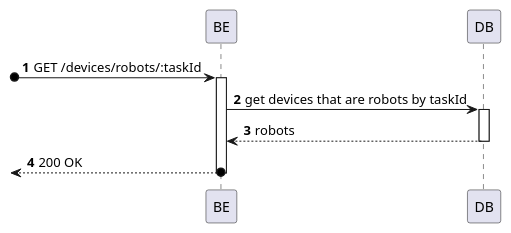
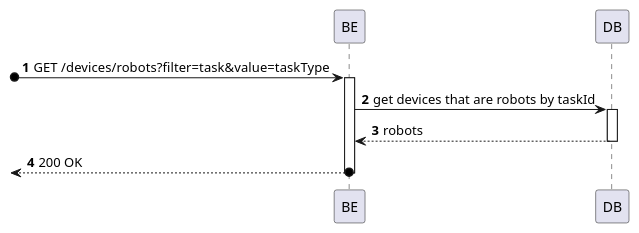
One commit to miseEnPlace-dev/lapr5 changed the diagram in _wiki/sprint-a/us22-390/views/level-3/process-view.puml. Above: the diagram before and after it, drawn with PlantUML. The commit also changed 1 other file, not shown here.

```diff
--- a/_wiki/sprint-a/us22-390/views/level-3/process-view.puml
+++ b/_wiki/sprint-a/us22-390/views/level-3/process-view.puml
@@ -1,18 +1,18 @@
 @startuml process-view
 autonumber
 participant BE as "BE"
 participant DB as "DB"
 
-?o-> BE : GET /devices/robots/:taskId
+?o-> BE : GET  /devices/robots?filter=task&value=taskType
 activate BE
 
 BE -> DB : get devices that are robots by taskId
 activate DB
 
 DB --> BE : robots
 deactivate DB
 
 <--o BE : 200 OK
 deactivate BE
 
 @enduml
```
